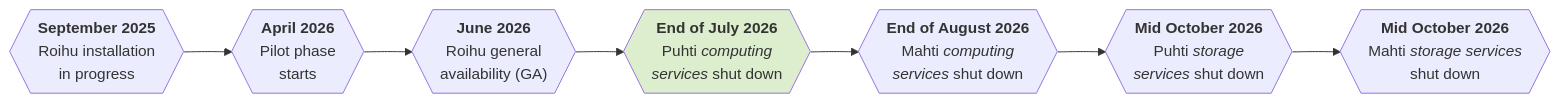
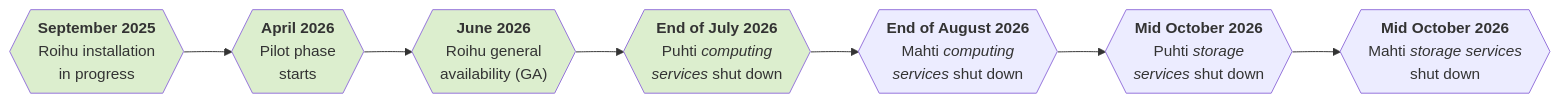
The diagram in docs/computing/systems-roihu.md (CSCfi/csc-user-guide), drawn with Mermaid before and after one commit. The commit also changed other lines of this file, not shown here.

````diff
--- a/docs/computing/systems-roihu.md
+++ b/docs/computing/systems-roihu.md
@@ -13,25 +13,28 @@
 ```mermaid
 graph LR;
     A{{"<b>September 2025</b>
         Roihu installation
         in progress"}} --> B;
     B{{"<b>April 2026</b>
         Pilot phase
         starts"}} --> C;
     C{{"<b>June 2026</b>
         Roihu general
         availability (GA)"}} --> D;
     D{{"<b>End of July 2026</b>
         Puhti <i>computing
         services</i> shut down"}} --> E;
     E{{"<b>End of August 2026</b>
         Mahti <i>computing
         services</i> shut down"}} --> F;
     F{{"<b>Mid October 2026</b>
         Puhti <i>storage
         services</i> shut down"}} --> G;
     G{{"<b>Mid October 2026</b>
         Mahti <i>storage services</i>
         shut down"}}
+    style A fill:#dceeceff;
+    style B fill:#dceeceff;
+    style C fill:#dceeceff;
     style D fill:#dceeceff;
 ```
````
